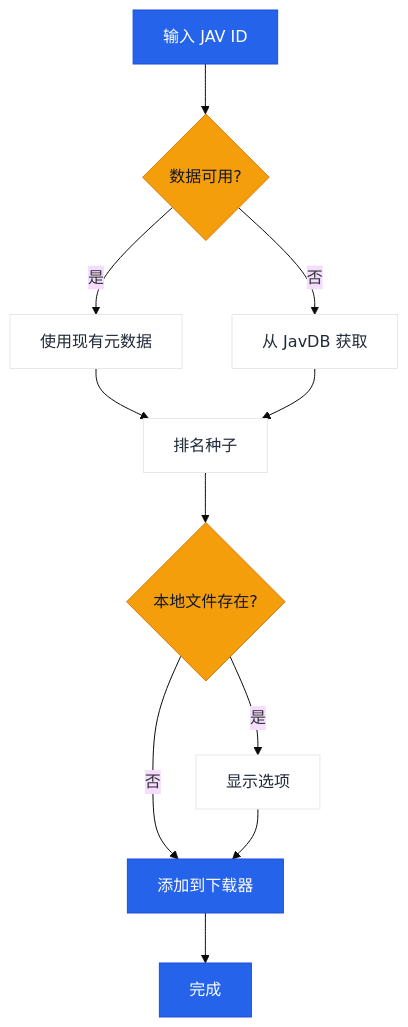
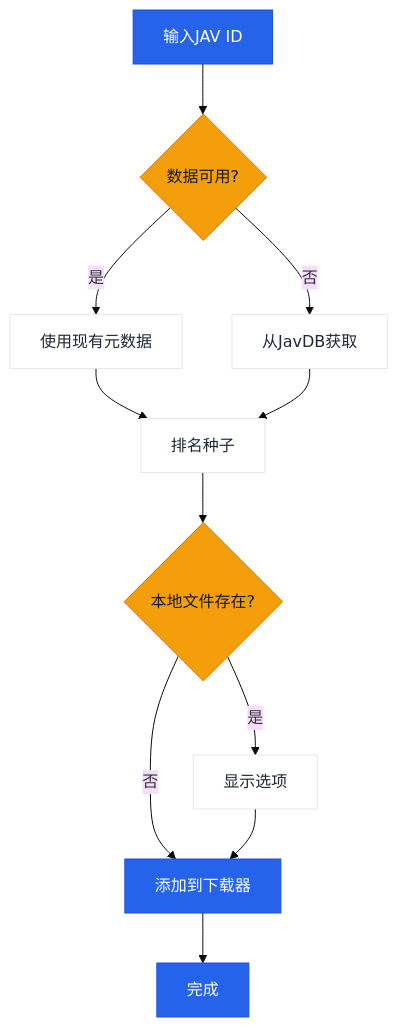
Before and after one commit to jqknono/jav-manager: the diagram in README.zh-CN.md, drawn with Mermaid (base theme). The commit also changed other lines of this file and 6 other files, not shown here.

````diff
--- a/README.zh-CN.md
+++ b/README.zh-CN.md
@@ -21,21 +41,21 @@
 ```mermaid
 flowchart TD
-    A[输入 JAV ID] --> B{数据可用?}
+    A[输入JAV ID] --> B{数据可用?}
     B -->|是| C[使用现有元数据]
-    B -->|否| D[从 JavDB 获取]
+    B -->|否| D[从JavDB获取]
     C --> E[排名种子]
     D --> E
     E --> F{本地文件存在?}
     F -->|是| G[显示选项]
     F -->|否| H[添加到下载器]
     G --> H
     H --> I[完成]
 
     classDef primary fill:#2563eb,stroke:#1d4ed8,color:#ffffff;
     classDef decision fill:#f59e0b,stroke:#d97706,color:#111827;
     classDef neutral fill:#ffffff,stroke:#e5e7eb,color:#1f2937;
 
     class A,H,I primary;
     class B,F decision;
     class C,D,E,G neutral;
 ```
````
